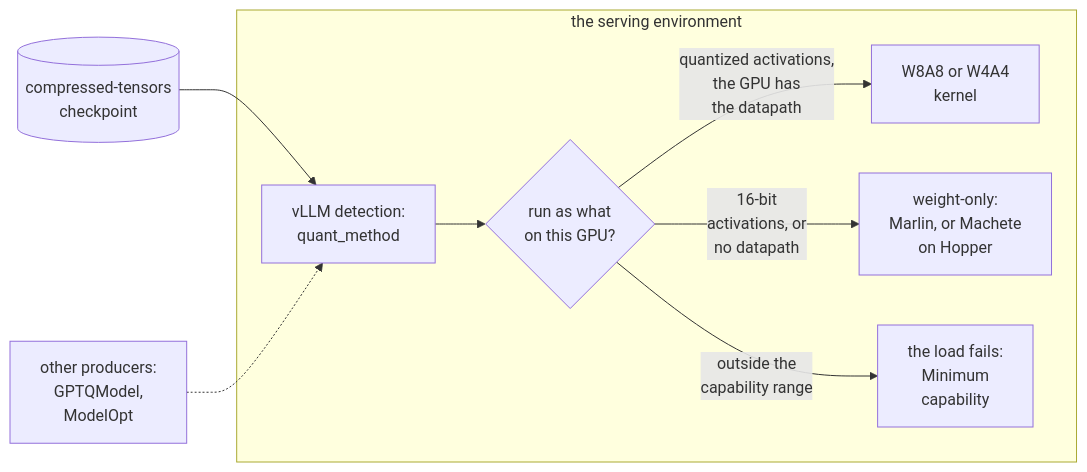
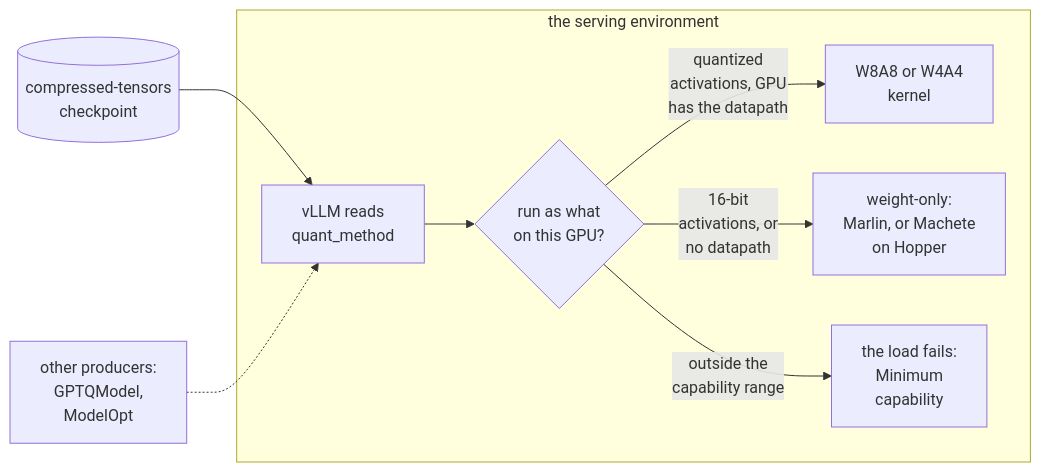
One commit to aniryou/full-stack-agentic-engineer changed the second of 3 diagrams in 04-inference-engine/quantization/PRIMER.md. Above: the diagram before and after it, drawn with Mermaid. The commit also changed other lines of this file and 12 other files, not shown here.

First line of the commit message:
WIP snapshot: the figure round (charts, improvements, additions) in progress (2026-10-30T17:49:29Z); not validated [skip ci]

````diff
--- a/04-inference-engine/quantization/PRIMER.md
+++ b/04-inference-engine/quantization/PRIMER.md
@@ -803,11 +803,11 @@
 ```mermaid
 flowchart LR
   K[("compressed-tensors<br/>checkpoint")] --> V
   P["other producers:<br/>GPTQModel,<br/>ModelOpt"] -.-> V
   subgraph S["the serving environment"]
-    V["vLLM detection:<br/>quant_method"] --> G{"run as what<br/>on this GPU?"}
-    G -->|"quantized activations,<br/>the GPU has<br/>the datapath"| N["W8A8 or W4A4<br/>kernel"]
+    V["vLLM reads<br/>quant_method"] --> G{"run as what<br/>on this GPU?"}
+    G -->|"quantized<br/>activations, GPU<br/>has the datapath"| N["W8A8 or W4A4<br/>kernel"]
     G -->|"16-bit<br/>activations, or<br/>no datapath"| W["weight-only:<br/>Marlin, or Machete<br/>on Hopper"]
     G -->|"outside the<br/>capability range"| E["the load fails:<br/>Minimum<br/>capability"]
   end
 ```
````
